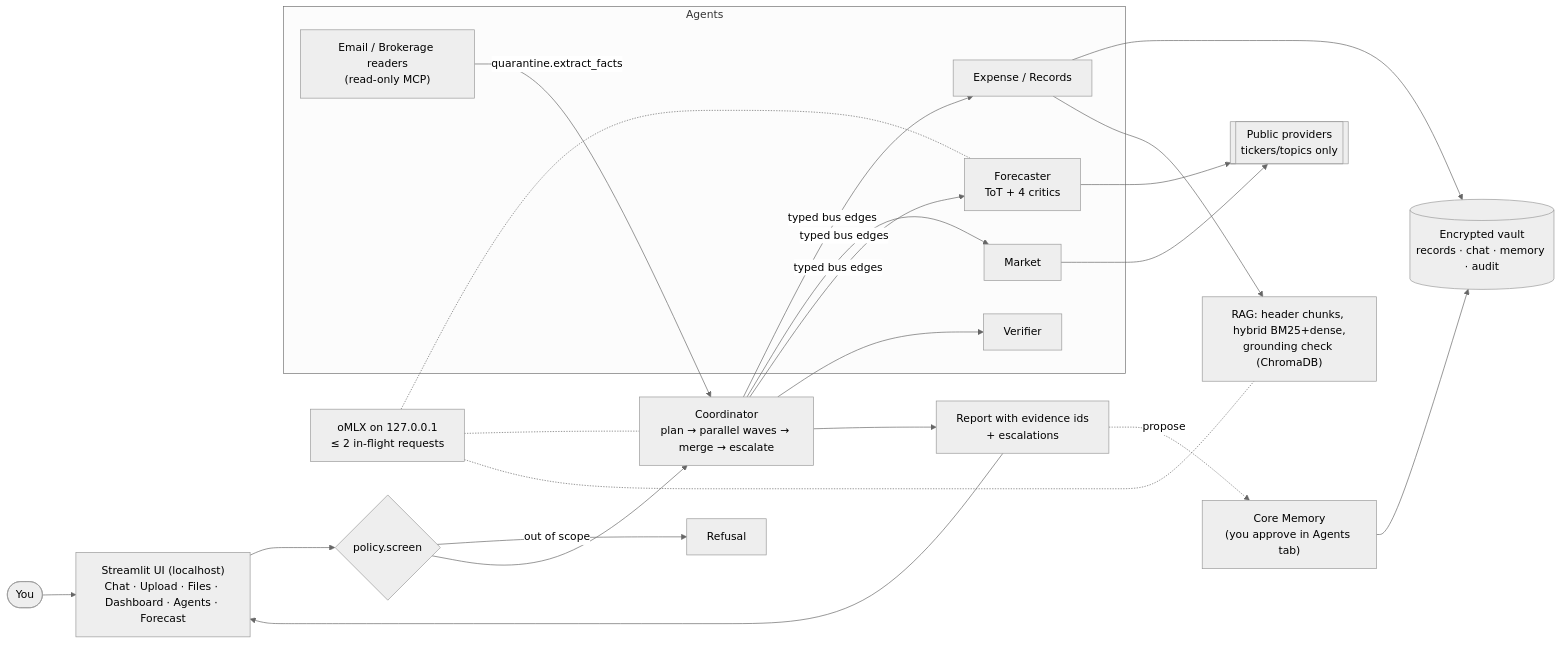
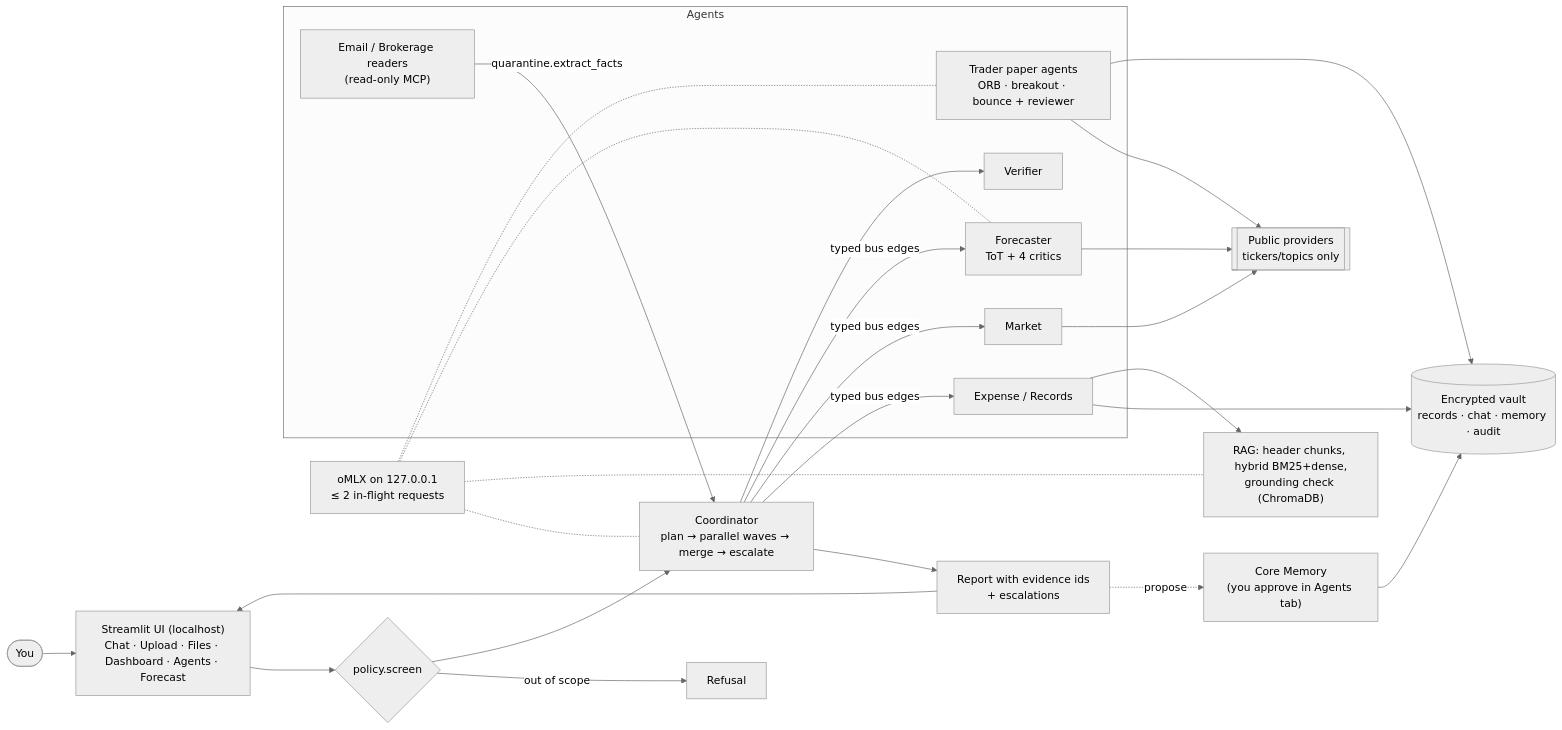
Before and after one commit to Sandyzie05/personal_ai: the first of 2 diagrams in docs/architecture.md, drawn with Mermaid (neutral theme). The commit also changed other lines of this file and 9 other files, not shown here.

Commit message:
docs(T5): sync all docs and Miro with Track T Trader paper agents

````diff
--- a/docs/architecture.md
+++ b/docs/architecture.md
@@ -13,25 +13,27 @@
 ```mermaid
 flowchart LR
   U([You]) --> UI["Streamlit UI (localhost)<br/>Chat · Upload · Files · Dashboard · Agents · Forecast"]
   UI --> P{policy.screen}
   P -- out of scope --> R[Refusal]
   P --> C["Coordinator<br/>plan → parallel waves → merge → escalate"]
   subgraph Agents
     E["Expense / Records"]
     M["Market"]
     F["Forecaster<br/>ToT + 4 critics"]
+    T["Trader paper agents<br/>ORB · breakout · bounce + reviewer"]
     V["Verifier"]
     EM["Email / Brokerage readers<br/>(read-only MCP)"]
   end
   C -- typed bus edges --> E & M & F
   C --> V
   EM -- quarantine.extract_facts --> C
   E --> VA[("Encrypted vault<br/>records · chat · memory · audit")]
   E --> RAG["RAG: header chunks, hybrid BM25+dense,<br/>grounding check (ChromaDB)"]
-  M & F --> PUB[["Public providers<br/>tickers/topics only"]]
+  M & F & T --> PUB[["Public providers<br/>tickers/topics only"]]
+  T --> VA
   C --> REP["Report with evidence ids<br/>+ escalations"]
   REP --> UI
   REP -. propose .-> CM["Core Memory<br/>(you approve in Agents tab)"]
   CM --> VA
-  LLM["oMLX on 127.0.0.1<br/>≤ 2 in-flight requests"] -.- C & F & RAG
+  LLM["oMLX on 127.0.0.1<br/>≤ 2 in-flight requests"] -.- C & F & T & RAG
 ```
````
